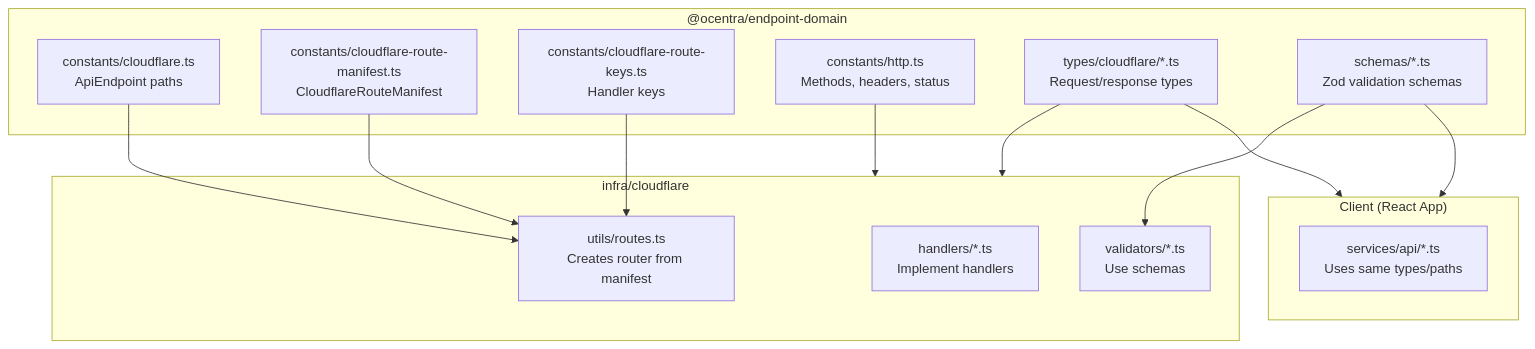
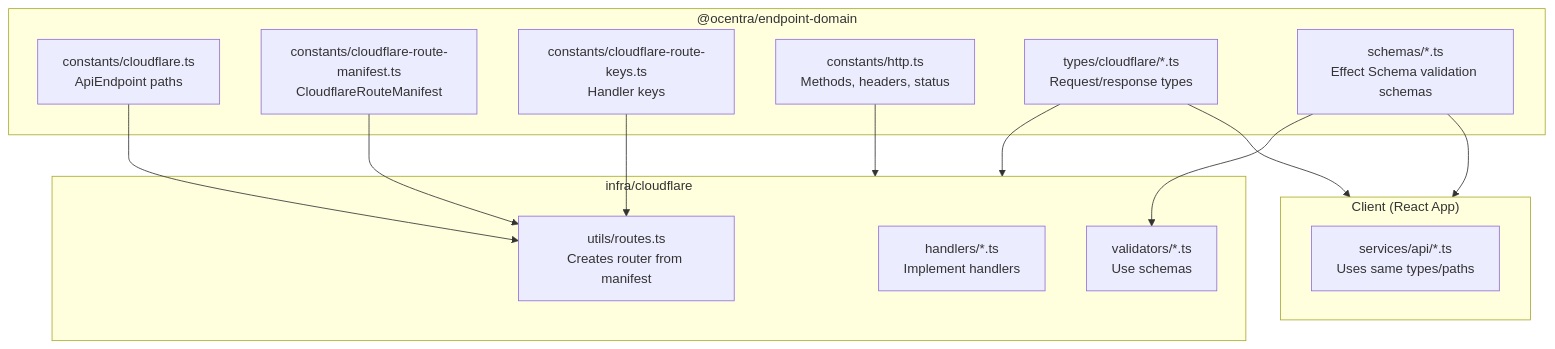
One commit to ocentra/ocentra-games changed diagram 18 of 18 in infra/cloudflare/docs/ARCHITECTURE.md. Above: the diagram before and after it, drawn with Mermaid. The commit also changed other lines of this file and 2996 other files, not shown here.

````diff
--- a/infra/cloudflare/docs/ARCHITECTURE.md
+++ b/infra/cloudflare/docs/ARCHITECTURE.md
@@ -685,30 +685,30 @@
 ```mermaid
 flowchart TB
     subgraph EndpointDomain["@ocentra/endpoint-domain"]
         Paths["constants/cloudflare.ts<br/>ApiEndpoint paths"]
         Manifest["constants/cloudflare-route-manifest.ts<br/>CloudflareRouteManifest"]
         Keys["constants/cloudflare-route-keys.ts<br/>Handler keys"]
         Http["constants/http.ts<br/>Methods, headers, status"]
         Types["types/cloudflare/*.ts<br/>Request/response types"]
-        Schemas["schemas/*.ts<br/>Zod validation schemas"]
+        Schemas["schemas/*.ts<br/>Effect Schema validation schemas"]
     end
     
     subgraph Cloudflare["infra/cloudflare"]
         Router["utils/routes.ts<br/>Creates router from manifest"]
         Handlers["handlers/*.ts<br/>Implement handlers"]
         Validation["validators/*.ts<br/>Use schemas"]
     end
     
     subgraph Client["Client (React App)"]
         ApiServices["services/api/*.ts<br/>Uses same types/paths"]
     end
 
     Paths --> Router
     Manifest --> Router
     Keys --> Router
     Http --> Cloudflare
     Types --> Cloudflare
     Types --> Client
     Schemas --> Validation
     Schemas --> Client
 ```
````
